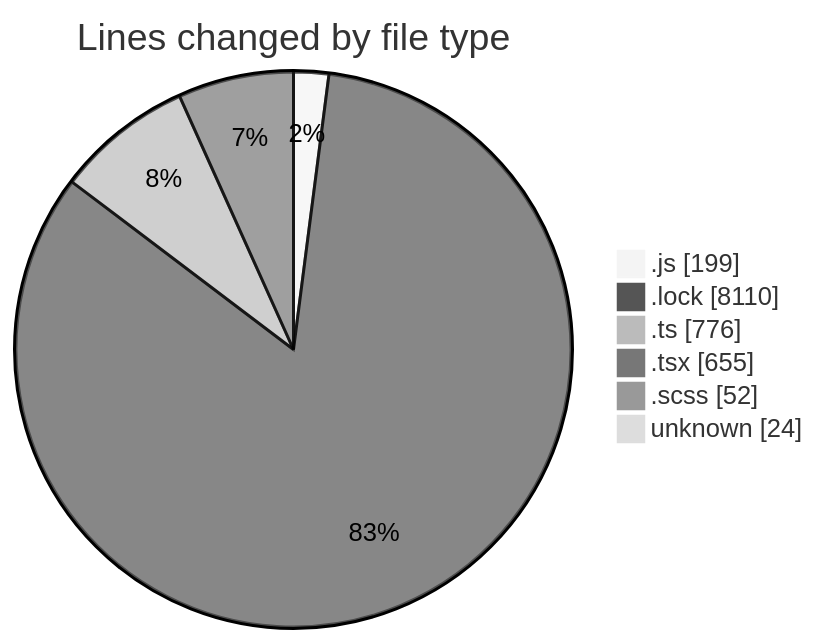
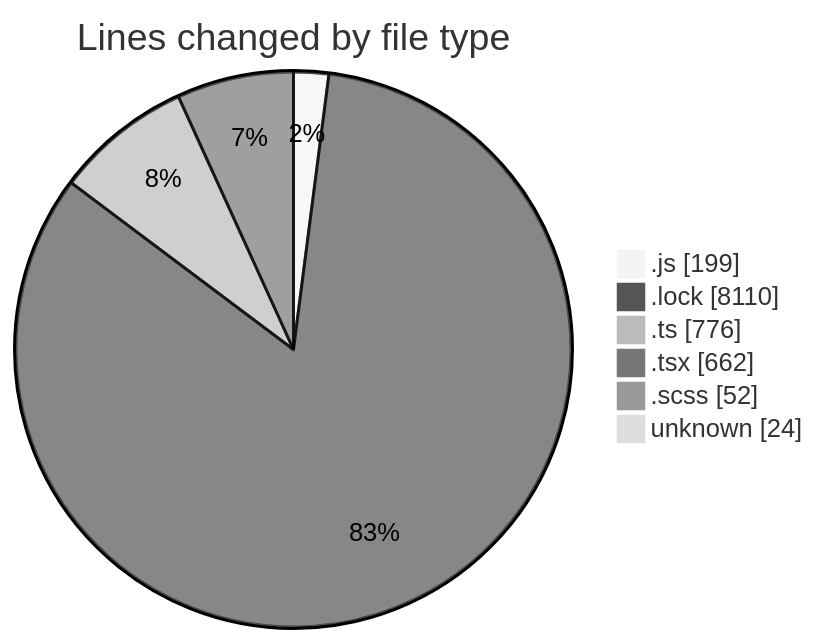
Before and after one commit to momahboobian/code-tracking: the first of 2 diagrams in 2025-02-07/cda/README.md, drawn with Mermaid (neutral theme). The commit also changed other lines of this file and 1 other file, not shown here.

````diff
--- a/2025-02-07/cda/README.md
+++ b/2025-02-07/cda/README.md
@@ -53,10 +53,10 @@
 ```mermaid
 pie showData
 title Lines changed by file type
 ".js" : 199
 ".lock" : 8110
 ".ts" : 776
-".tsx" : 655
+".tsx" : 662
 ".scss" : 52
 "unknown" : 24
 ```
````
